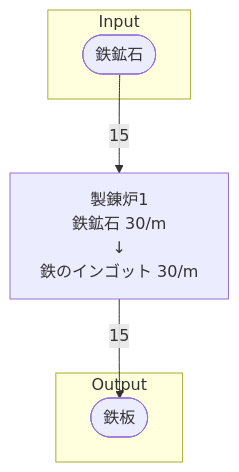
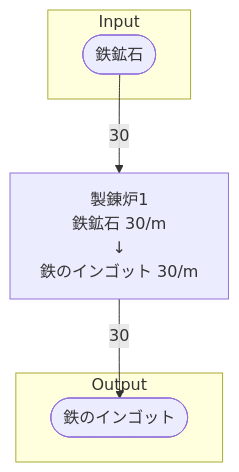
The diagram in 40_FactoryBuilding/初期一時鉄のロッド工場/40_個別製造ライン設計書/個別製造ライン設計書_鉄のインゴット製造ライン.md (Suzuran-Amano/SatisfactoryTaskEfficiency), drawn with Mermaid before and after one commit. The commit also changed other lines of this file and 5 other files, not shown here.

````diff
--- a/40_FactoryBuilding/初期一時鉄のロッド工場/40_個別製造ライン設計書/個別製造ライン設計書_鉄のインゴット製造ライン.md
+++ b/40_FactoryBuilding/初期一時鉄のロッド工場/40_個別製造ライン設計書/個別製造ライン設計書_鉄のインゴット製造ライン.md
@@ -19,24 +18,24 @@
 ```mermaid
 flowchart TD
 
 subgraph Input
     鉄鉱石([鉄鉱石])
 end
 
 製錬炉1[
     製錬炉1
     鉄鉱石 30/m
     ↓
     鉄のインゴット 30/m
 ]
 
 subgraph Output
-    鉄板([鉄板])
+    鉄のインゴット([鉄のインゴット])
 end
 
 
-鉄鉱石-->|15|製錬炉1
-製錬炉1-->|15|鉄板
+鉄鉱石-->|30|製錬炉1
+製錬炉1-->|30|鉄のインゴット
 
 
 ```
````
